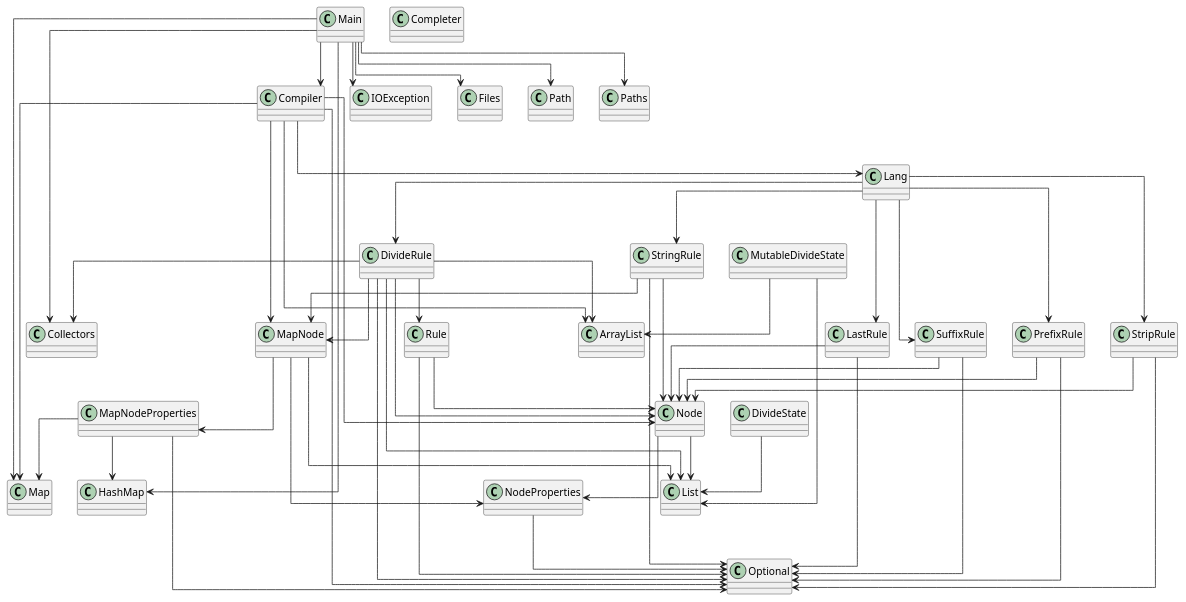
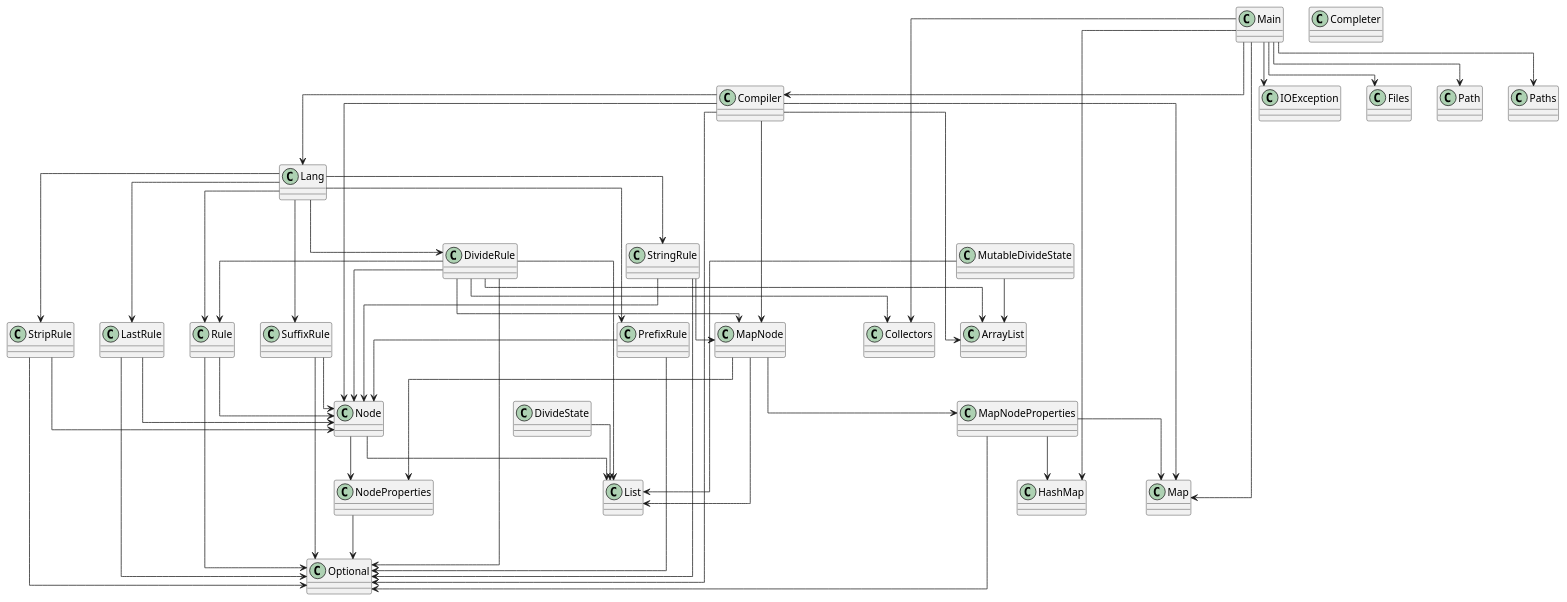
One commit to SirMathhman/Magma changed the diagram in diagram.puml. Above: the diagram before and after it, drawn with PlantUML. The commit also changed 1 other file, not shown here.

```diff
--- a/diagram.puml
+++ b/diagram.puml
@@ -1,72 +1,73 @@
 @startuml
 skinparam linetype ortho
 class StringRule
 StringRule --> MapNode
 StringRule --> Node
 StringRule --> Optional
 class PrefixRule
 PrefixRule --> Node
 PrefixRule --> Optional
 class Compiler
 Compiler --> Lang
 Compiler --> Node
 Compiler --> MapNode
 Compiler --> ArrayList
 Compiler --> Map
 Compiler --> Optional
 class Node
 Node --> NodeProperties
 Node --> List
 class StripRule
 StripRule --> Node
 StripRule --> Optional
 class Lang
+Lang --> Rule
 Lang --> DivideRule
 Lang --> LastRule
 Lang --> PrefixRule
 Lang --> StringRule
 Lang --> StripRule
 Lang --> SuffixRule
 class Completer
 class MutableDivideState
 MutableDivideState --> ArrayList
 MutableDivideState --> List
 class MapNode
 MapNode --> MapNodeProperties
 MapNode --> NodeProperties
 MapNode --> List
 class MapNodeProperties
 MapNodeProperties --> HashMap
 MapNodeProperties --> Map
 MapNodeProperties --> Optional
 class DivideState
 DivideState --> List
 class LastRule
 LastRule --> Node
 LastRule --> Optional
 class DivideRule
 DivideRule --> MapNode
 DivideRule --> Node
 DivideRule --> Rule
 DivideRule --> ArrayList
 DivideRule --> List
 DivideRule --> Optional
 DivideRule --> Collectors
 class NodeProperties
 NodeProperties --> Optional
 class SuffixRule
 SuffixRule --> Node
 SuffixRule --> Optional
 class Rule
 Rule --> Node
 Rule --> Optional
 class Main
 Main --> Compiler
 Main --> IOException
 Main --> Files
 Main --> Path
 Main --> Paths
 Main --> HashMap
 Main --> Map
 Main --> Collectors
 @enduml
```
